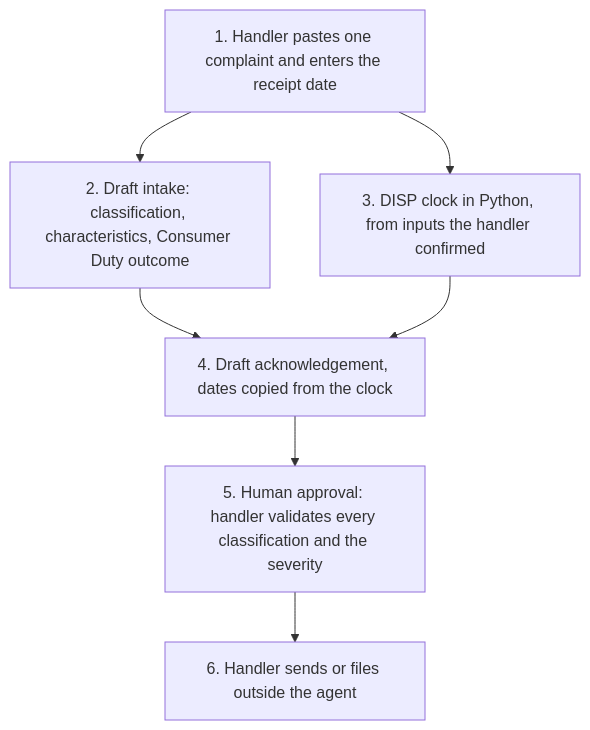
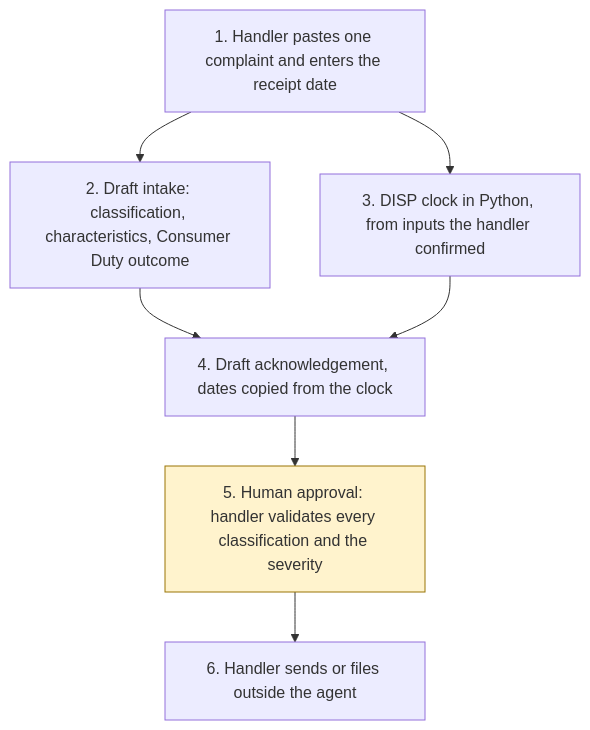
One commit to rahul-bachina/copilot-agent-experiments changed the diagram in docs-site/docs/experiments/02-consumer-duty-complaint-intake.md. Above: the diagram before and after it, drawn with Mermaid. The commit also changed other lines of this file and 1 other file, not shown here.

````diff
--- a/docs-site/docs/experiments/02-consumer-duty-complaint-intake.md
+++ b/docs-site/docs/experiments/02-consumer-duty-complaint-intake.md
@@ -79,9 +79,11 @@
 ```mermaid
 flowchart TD
     A["1. Handler pastes one complaint and enters the receipt date"] --> B["2. Draft intake: classification, characteristics, Consumer Duty outcome"]
     A --> C["3. DISP clock in Python, from inputs the handler confirmed"]
     B --> D["4. Draft acknowledgement, dates copied from the clock"]
     C --> D
     D --> E["5. Human approval: handler validates every classification and the severity"]
     E --> F["6. Handler sends or files outside the agent"]
+
+    style E fill:#fff3cd,stroke:#997404
 ```
````
